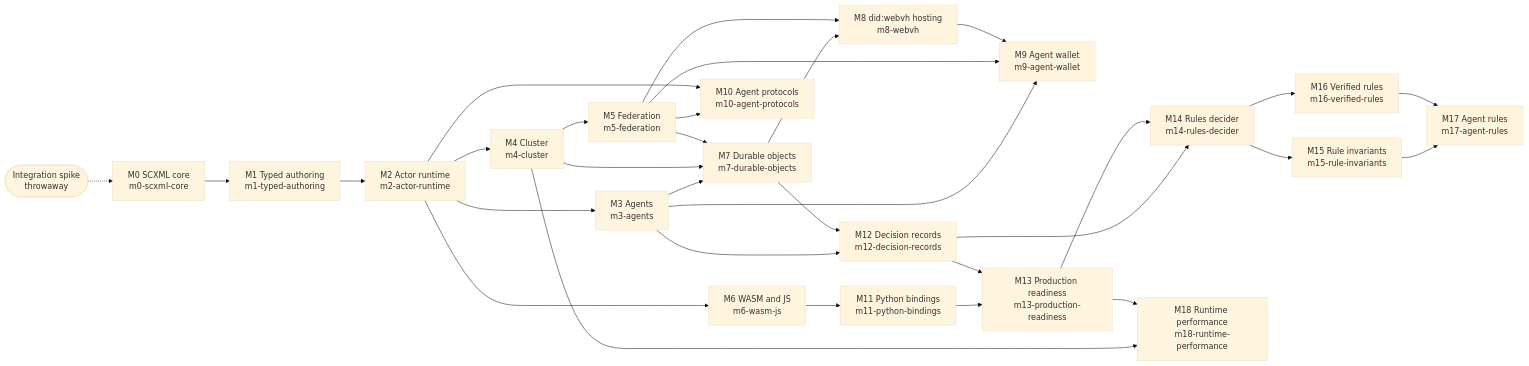
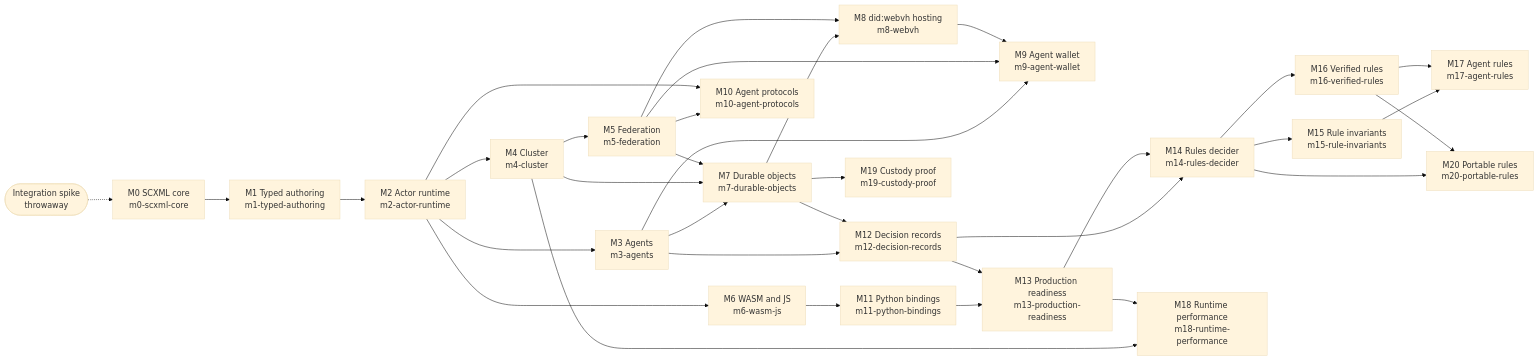
One commit to Volland/vertep changed the diagram in tg.md/roadmap.md. Above: the diagram before and after it, drawn with Mermaid (base theme). The commit also changed other lines of this file, not shown here.

Commit message:
Roadmap: twenty-one milestones; M19 and M20 in the diagram

````diff
--- a/tg.md/roadmap.md
+++ b/tg.md/roadmap.md
@@ -9,33 +9,36 @@
 ```mermaid
 flowchart LR
     M0["M0 SCXML core<br/>m0-scxml-core"] --> M1["M1 Typed authoring<br/>m1-typed-authoring"]
     M1 --> M2["M2 Actor runtime<br/>m2-actor-runtime"]
     M2 --> M3["M3 Agents<br/>m3-agents"]
     M2 --> M4["M4 Cluster<br/>m4-cluster"]
     M4 --> M5["M5 Federation<br/>m5-federation"]
     M2 --> M6["M6 WASM and JS<br/>m6-wasm-js"]
     M3 --> M7["M7 Durable objects<br/>m7-durable-objects"]
     M4 --> M7
     M5 --> M7
     M7 --> M8["M8 did:webvh hosting<br/>m8-webvh"]
     M5 --> M8
     M3 --> M9["M9 Agent wallet<br/>m9-agent-wallet"]
     M5 --> M9
     M8 --> M9
     M5 --> M10["M10 Agent protocols<br/>m10-agent-protocols"]
     M2 --> M10
     M6 --> M11["M11 Python bindings<br/>m11-python-bindings"]
     M3 --> M12["M12 Decision records<br/>m12-decision-records"]
     M7 --> M12
     M11 --> M13["M13 Production readiness<br/>m13-production-readiness"]
     M12 --> M13
     M12 --> M14["M14 Rules decider<br/>m14-rules-decider"]
     M13 --> M14
     M14 --> M15["M15 Rule invariants<br/>m15-rule-invariants"]
     M14 --> M16["M16 Verified rules<br/>m16-verified-rules"]
     M15 --> M17["M17 Agent rules<br/>m17-agent-rules"]
     M16 --> M17
     M4 --> M18["M18 Runtime performance<br/>m18-runtime-performance"]
     M13 --> M18
+    M7 --> M19["M19 Custody proof<br/>m19-custody-proof"]
+    M14 --> M20["M20 Portable rules<br/>m20-portable-rules"]
+    M16 --> M20
     S(["Integration spike<br/>throwaway"]) -.-> M0
 ```
````
